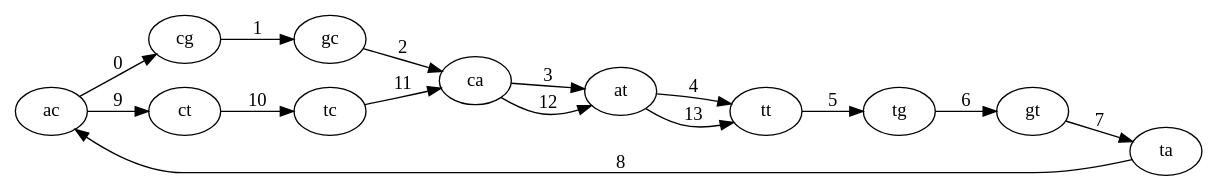
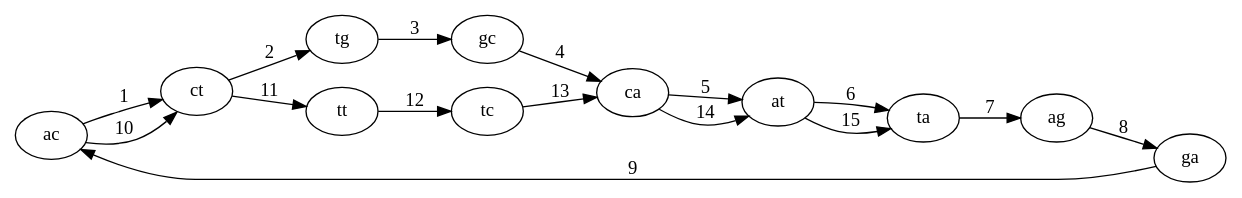
One commit to bioinf/Sibelia changed the diagram in report/graph1.dot. Above: the diagram before and after it, drawn with Graphviz. The commit also changed 9 other files, not shown here.

```diff
--- a/report/graph1.dot
+++ b/report/graph1.dot
@@ -1,18 +1,19 @@
 digraph G
 {
 rankdir=LR
-ac -> cg [color="black", label="0"];
-cg -> gc [color="black", label="1"];
-gc -> ca [color="black", label="2"];
-ca -> at [color="black", label="3"];
-at -> tt [color="black", label="4"];
-tt -> tg [color="black", label="5"];
-tg -> gt [color="black", label="6"];
-gt -> ta [color="black", label="7"];
-ta -> ac [color="black", label="8"];
-ac -> ct [color="black", label="9"];
-ct -> tc [color="black", label="10"];
-tc -> ca [color="black", label="11"];
-ca -> at [color="black", label="12"];
-at -> tt [color="black", label="13"];
+ac -> ct [color="black", label="1"];
+ct -> tg [color="black", label="2"];
+tg -> gc [color="black", label="3"];
+gc -> ca [color="black", label="4"];
+ca -> at [color="black", label="5"];
+at -> ta [color="black", label="6"];
+ta -> ag [color="black", label="7"];
+ag -> ga [color="black", label="8"];
+ga -> ac [color="black", label="9"];
+ac -> ct [color="black", label="10"];
+ct -> tt [color="black", label="11"];
+tt -> tc [color="black", label="12"];
+tc -> ca [color="black", label="13"];
+ca -> at [color="black", label="14"];
+at -> ta [color="black", label="15"];
 }
```
